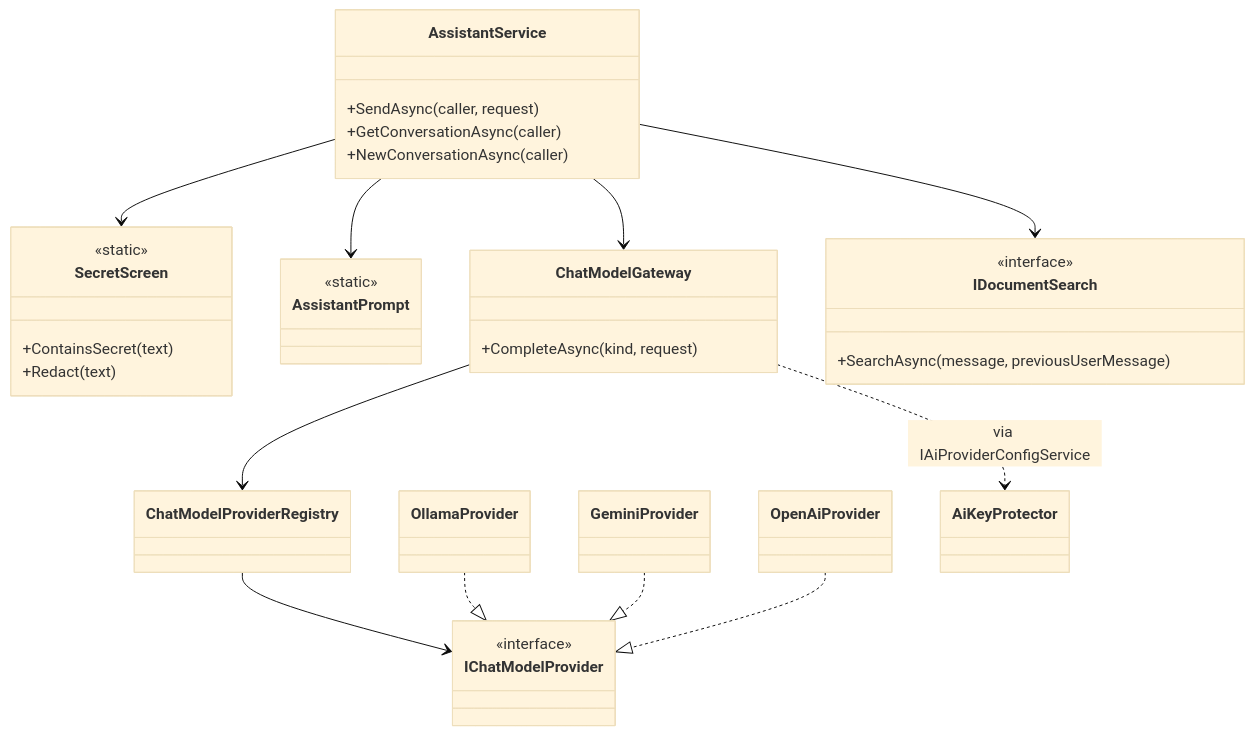
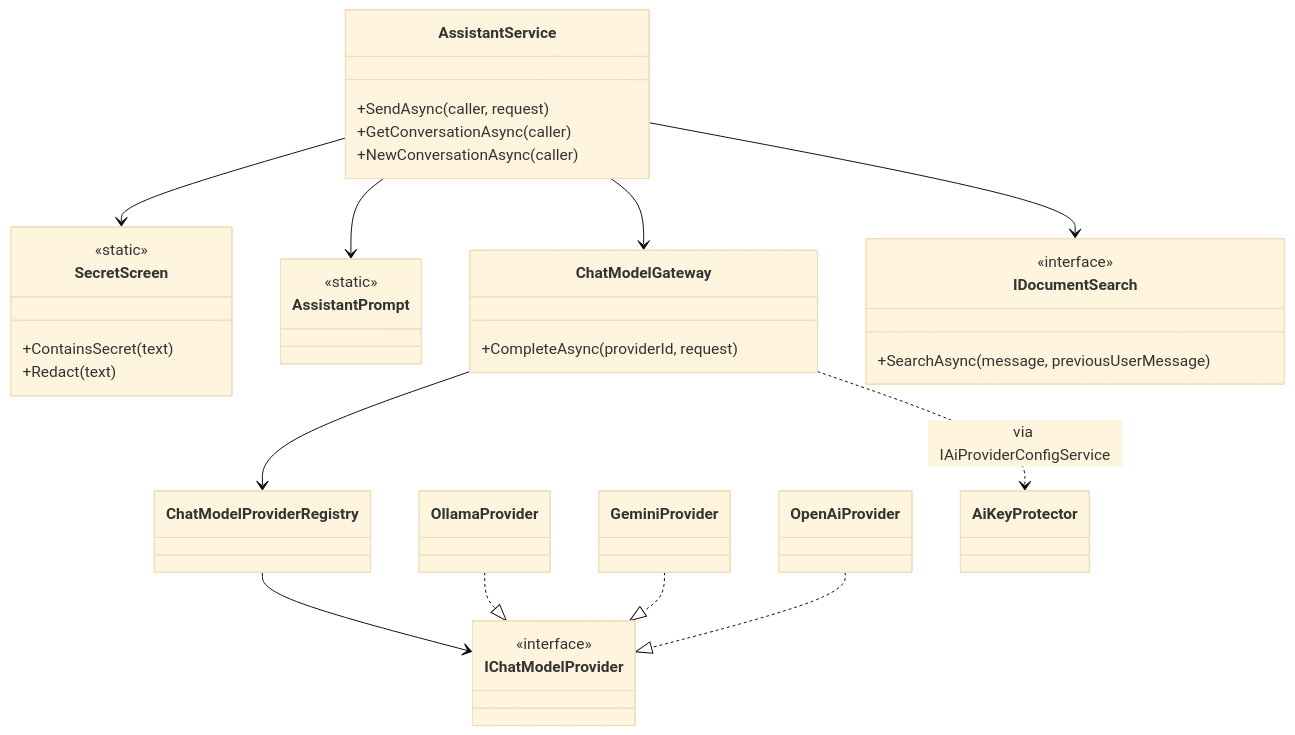
The second of 14 diagrams in TF - Documents/TF - LLD/08-TFA-Assistant/08.1-Assistant/LLD-Assistant.md (jojogeorge3344/TaskFlow-Project), drawn with Mermaid (base theme) before and after one commit. The commit also changed other lines of this file and 8 other files, not shown here.

````diff
--- a/TF - Documents/TF - LLD/08-TFA-Assistant/08.1-Assistant/LLD-Assistant.md
+++ b/TF - Documents/TF - LLD/08-TFA-Assistant/08.1-Assistant/LLD-Assistant.md
@@ -233,41 +235,41 @@
 ```mermaid
 classDiagram
   class AssistantService {
     +SendAsync(caller, request)
     +GetConversationAsync(caller)
     +NewConversationAsync(caller)
   }
   class SecretScreen {
     <<static>>
     +ContainsSecret(text)
     +Redact(text)
   }
   class AssistantPrompt {
     <<static>>
   }
   class ChatModelGateway {
-    +CompleteAsync(kind, request)
+    +CompleteAsync(providerId, request)
   }
   class ChatModelProviderRegistry
   class IChatModelProvider {
     <<interface>>
   }
   class OllamaProvider
   class GeminiProvider
   class OpenAiProvider
   class AiKeyProtector
   AssistantService --> SecretScreen
   class IDocumentSearch {
     <<interface>>
     +SearchAsync(message, previousUserMessage)
   }
   AssistantService --> AssistantPrompt
   AssistantService --> IDocumentSearch
   AssistantService --> ChatModelGateway
   ChatModelGateway --> ChatModelProviderRegistry
   ChatModelGateway ..> AiKeyProtector : via IAiProviderConfigService
   ChatModelProviderRegistry --> IChatModelProvider
   OllamaProvider ..|> IChatModelProvider
   GeminiProvider ..|> IChatModelProvider
   OpenAiProvider ..|> IChatModelProvider
 ```
````
